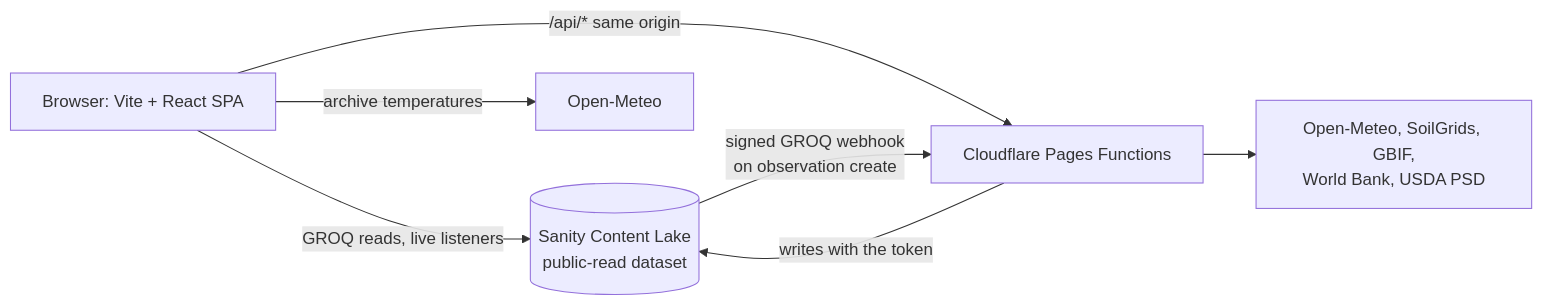
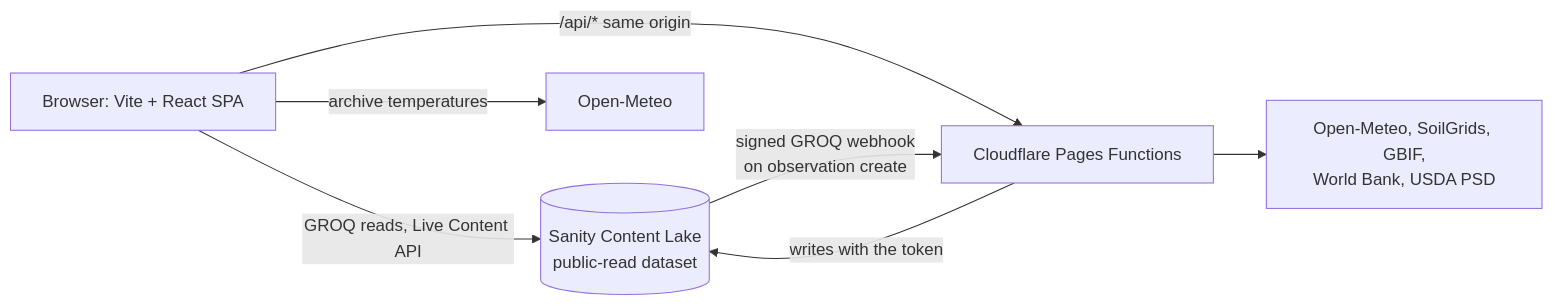
The diagram in README.md (chantleyw/mecropolis), drawn with Mermaid before and after one commit. The commit also changed other lines of this file and 13 other files, not shown here.

First line of the commit message:
Keep views current with the Live Content API

````diff
--- a/README.md
+++ b/README.md
@@ -17,9 +17,9 @@
 ```mermaid
 flowchart LR
-  B[Browser: Vite + React SPA] -- GROQ reads, live listeners --> S[(Sanity Content Lake<br/>public-read dataset)]
+  B[Browser: Vite + React SPA] -- GROQ reads, Live Content API --> S[(Sanity Content Lake<br/>public-read dataset)]
   B -- archive temperatures --> OM[Open-Meteo]
   B -- /api/* same origin --> F[Cloudflare Pages Functions]
   F -- writes with the token --> S
   F --> EXT[Open-Meteo, SoilGrids, GBIF,<br/>World Bank, USDA PSD]
   S -- signed GROQ webhook<br/>on observation create --> F
 ```
````
